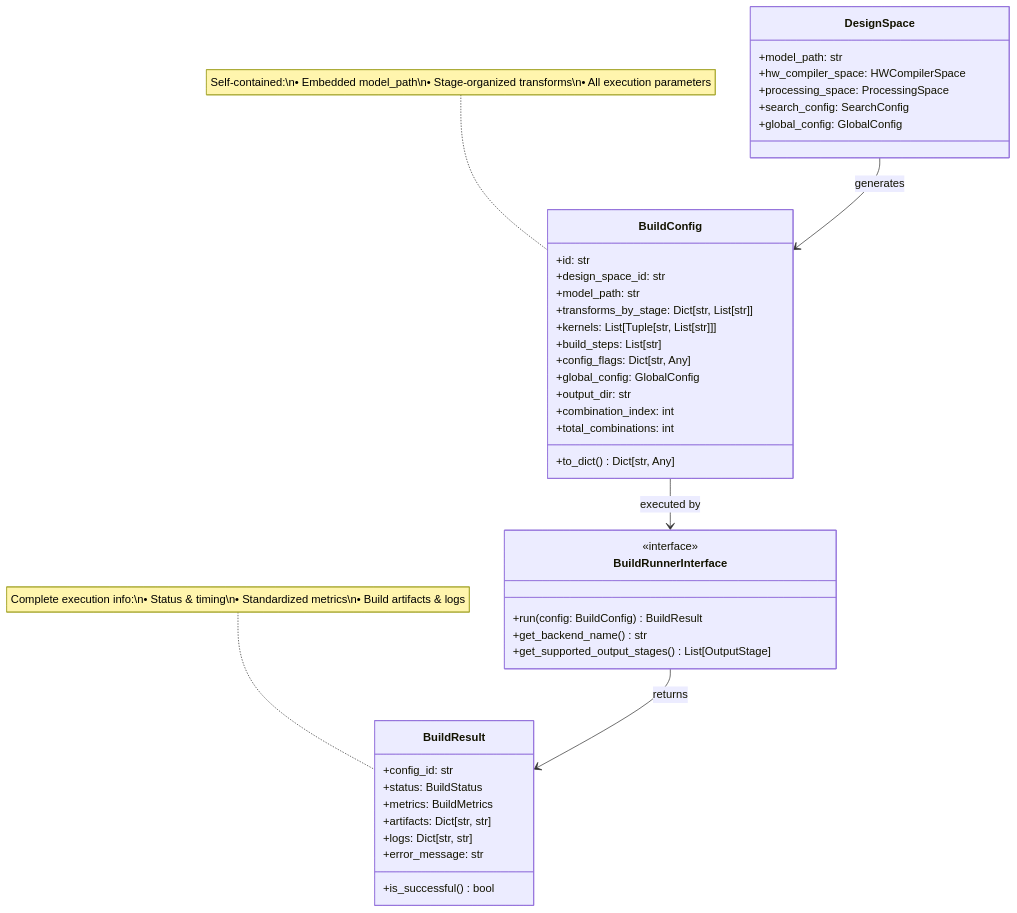
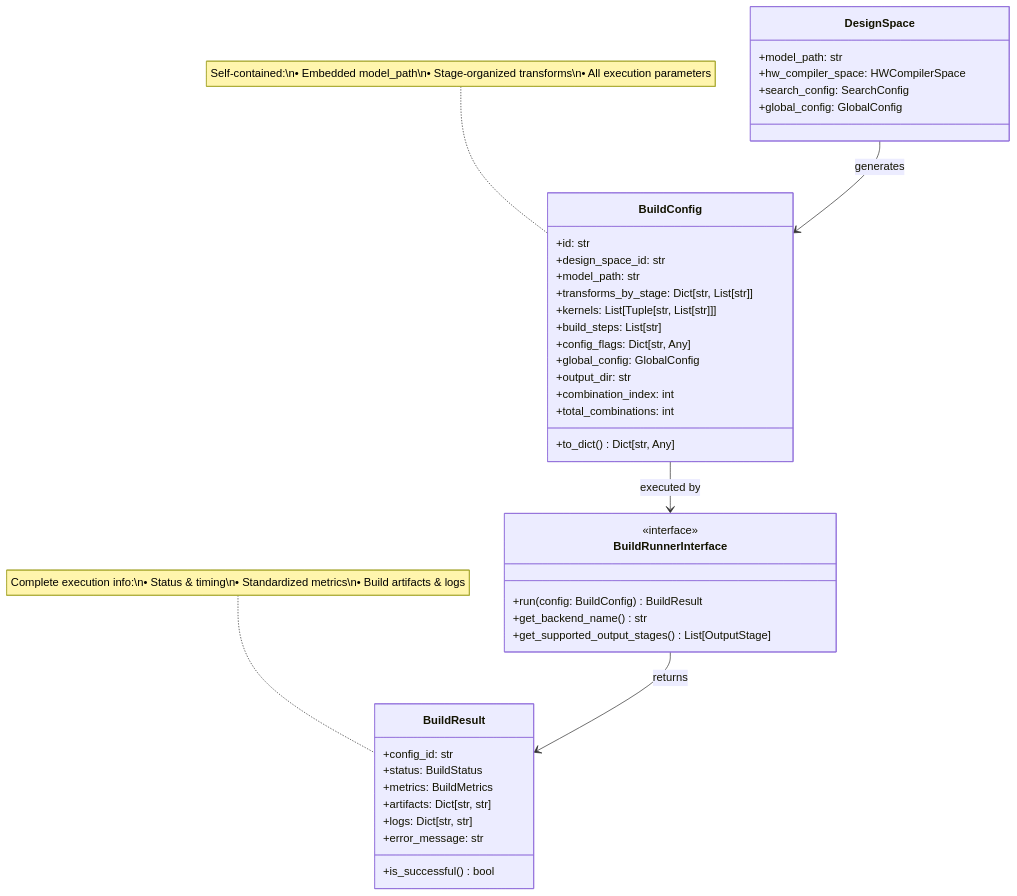
Before and after one commit to microsoft/Brainsmith: the sixth of 14 diagrams in brainsmith/core/ARCHITECTURE.md, drawn with Mermaid. The commit also changed other lines of this file and 40 other files, not shown here.

````diff
--- a/brainsmith/core/ARCHITECTURE.md
+++ b/brainsmith/core/ARCHITECTURE.md
@@ -349,49 +346,48 @@
 ```mermaid
 classDiagram
     class DesignSpace {
         +model_path: str
         +hw_compiler_space: HWCompilerSpace
-        +processing_space: ProcessingSpace
         +search_config: SearchConfig
         +global_config: GlobalConfig
     }
     
     class BuildConfig {
         +id: str
         +design_space_id: str
         +model_path: str
         +transforms_by_stage: Dict[str, List[str]]
         +kernels: List[Tuple[str, List[str]]]
         +build_steps: List[str]
         +config_flags: Dict[str, Any]
         +global_config: GlobalConfig
         +output_dir: str
         +combination_index: int
         +total_combinations: int
         +to_dict() Dict[str, Any]
     }
     
     class BuildRunnerInterface {
         <<interface>>
         +run(config: BuildConfig) BuildResult
         +get_backend_name() str
         +get_supported_output_stages() List[OutputStage]
     }
     
     class BuildResult {
         +config_id: str
         +status: BuildStatus
         +metrics: BuildMetrics
         +artifacts: Dict[str, str]
         +logs: Dict[str, str]
         +error_message: str
         +is_successful() bool
     }
     
     DesignSpace --> BuildConfig : generates
     BuildConfig --> BuildRunnerInterface : executed by
     BuildRunnerInterface --> BuildResult : returns
     
     note for BuildConfig "Self-contained:\n• Embedded model_path\n• Stage-organized transforms\n• All execution parameters"
     note for BuildResult "Complete execution info:\n• Status & timing\n• Standardized metrics\n• Build artifacts & logs"
 ```
````
